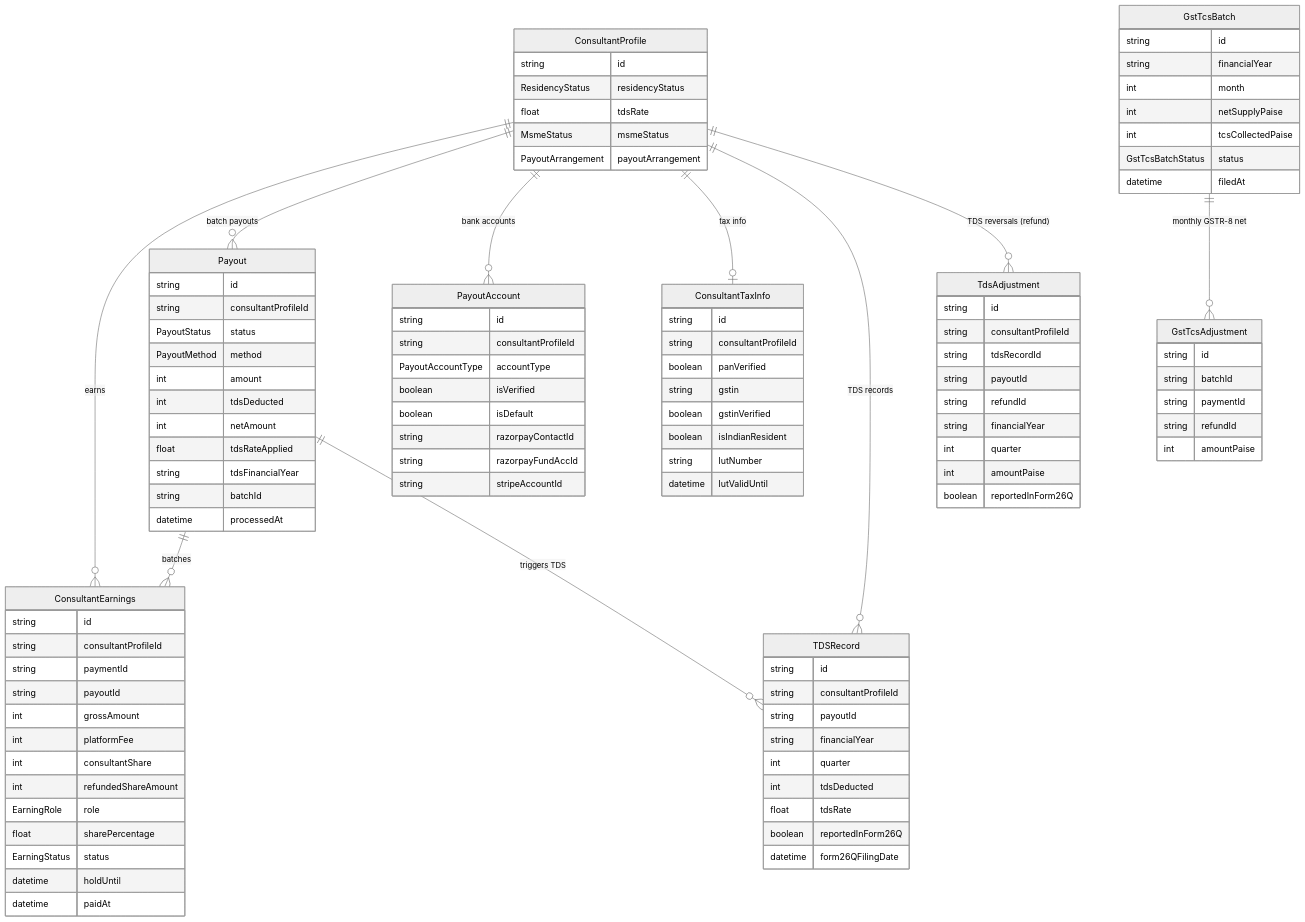
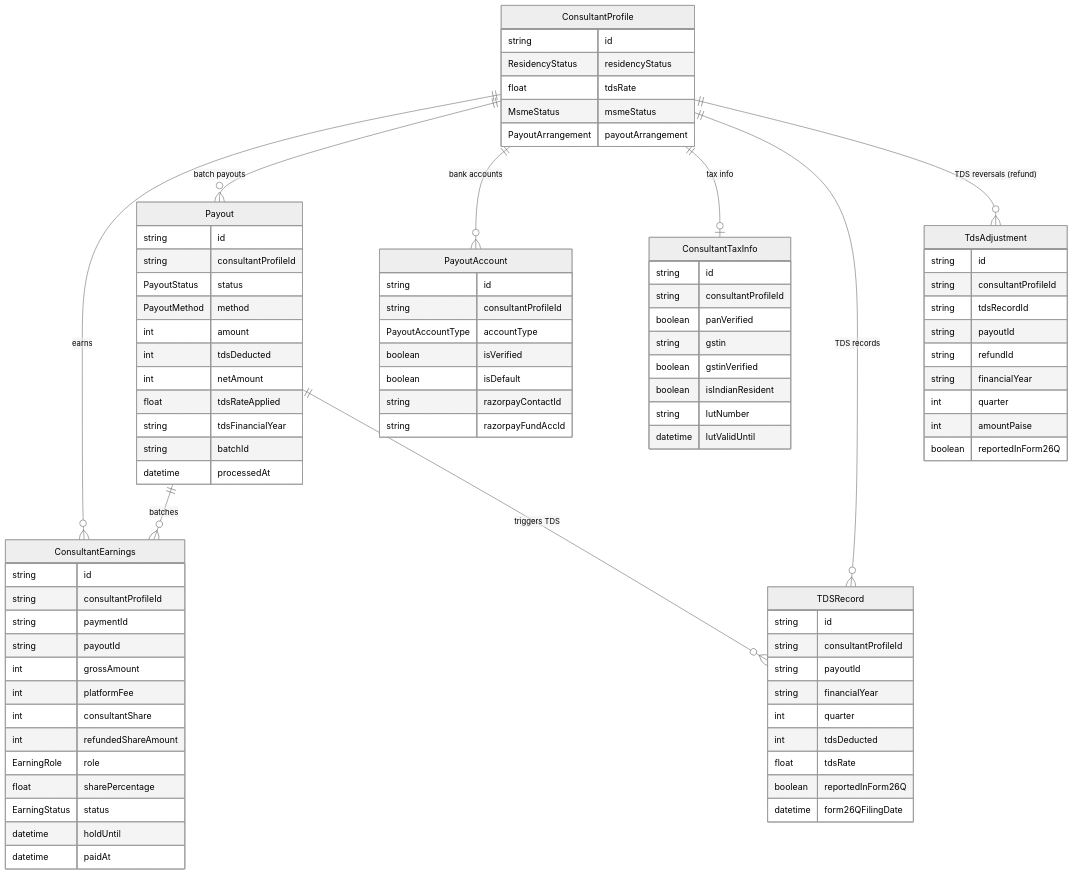
Before and after one commit to Practitionist/familiarise_web: diagram 17 of 24 in docs/prisma/00-schema-map.md, drawn with Mermaid (neutral theme). The commit also changed other lines of this file and 20 other files, not shown here.

````diff
--- a/docs/prisma/00-schema-map.md
+++ b/docs/prisma/00-schema-map.md
@@ -1159,7 +1159,6 @@
         boolean isDefault
         string razorpayContactId
         string razorpayFundAccId
-        string stripeAccountId
     }
     ConsultantTaxInfo {
         string id
@@ -1193,22 +1192,6 @@
         int amountPaise
         boolean reportedInForm26Q
     }
-    GstTcsBatch {
-        string id
-        string financialYear
-        int month
-        int netSupplyPaise
-        int tcsCollectedPaise
-        GstTcsBatchStatus status
-        datetime filedAt
-    }
-    GstTcsAdjustment {
-        string id
-        string batchId
-        string paymentId
-        string refundId
-        int amountPaise
-    }
 
     ConsultantProfile ||--o{ ConsultantEarnings : "earns"
     ConsultantProfile ||--o{ Payout : "batch payouts"
@@ -1218,5 +1201,4 @@
     ConsultantProfile ||--o{ TdsAdjustment : "TDS reversals (refund)"
     Payout ||--o{ ConsultantEarnings : "batches"
     Payout ||--o{ TDSRecord : "triggers TDS"
-    GstTcsBatch ||--o{ GstTcsAdjustment : "monthly GSTR-8 net"
 ```
````
